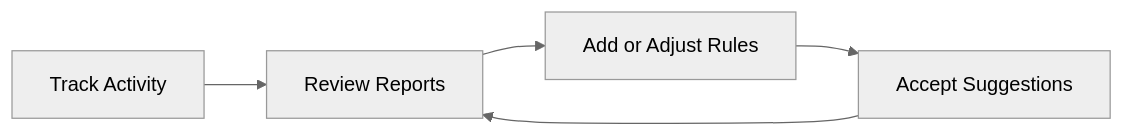
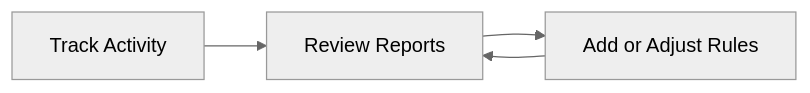
Before and after one commit to AndersSpringborg/time-tracker: the third of 3 diagrams in internal/external/api/content/getting-started.md, drawn with Mermaid (neutral theme). The commit also changed other lines of this file, not shown here.

Commit message:
docs: align getting started with rules and work-wifi flow

````diff
--- a/internal/external/api/content/getting-started.md
+++ b/internal/external/api/content/getting-started.md
@@ -78,7 +78,6 @@
 ```mermaid
 flowchart LR
     A[Track Activity] --> B[Review Reports]
     B --> C[Add or Adjust Rules]
-    C --> D[Accept Suggestions]
-    D --> B
+    C --> B
 ```
````
